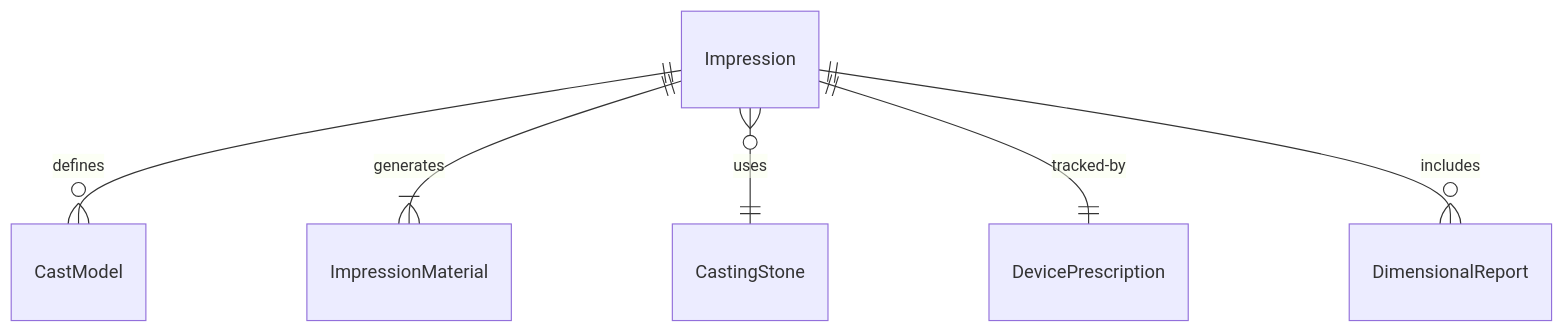
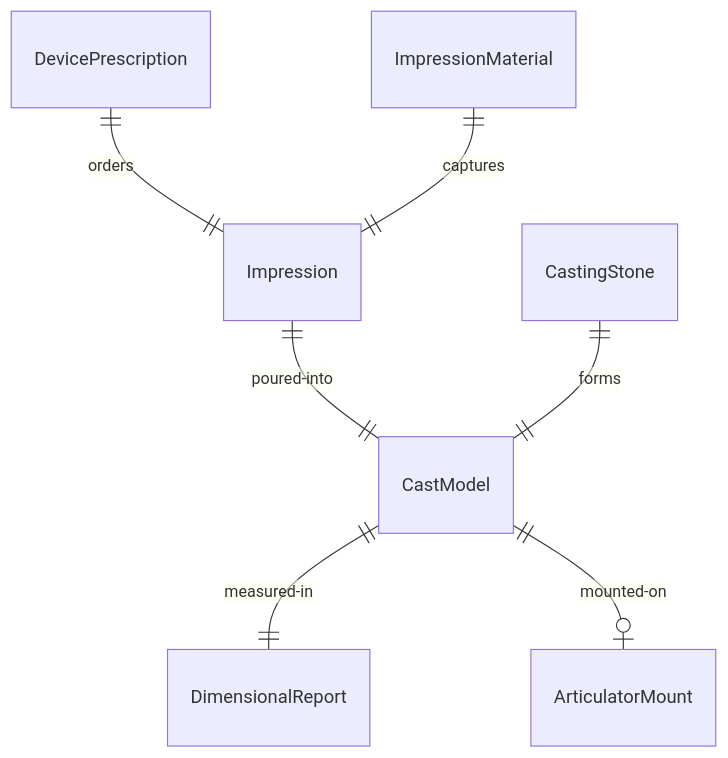
The first of 4 diagrams in HandlingAndMovingObjects/FabricateMedicalDevices/CastMoldsPatientAnatomiesCreate.mdx (dot-org-ai/tasks.org.ai), drawn with Mermaid before and after one commit. The commit also changed other lines of this file and 515 other files, not shown here.

````diff
--- a/HandlingAndMovingObjects/FabricateMedicalDevices/CastMoldsPatientAnatomiesCreate.mdx
+++ b/HandlingAndMovingObjects/FabricateMedicalDevices/CastMoldsPatientAnatomiesCreate.mdx
@@ -90,8 +90,9 @@
 ```mermaid
 erDiagram
-    Impression ||--o{ CastModel : "defines"
-    Impression ||--|{ ImpressionMaterial : "generates"
-    Impression }o--|| CastingStone : "uses"
-    Impression ||--|| DevicePrescription : "tracked-by"
-    Impression ||--o{ DimensionalReport : "includes"
+    DevicePrescription ||--|| Impression : "orders"
+    ImpressionMaterial ||--|| Impression : "captures"
+    Impression ||--|| CastModel : "poured-into"
+    CastingStone ||--|| CastModel : "forms"
+    CastModel ||--|| DimensionalReport : "measured-in"
+    CastModel ||--o| ArticulatorMount : "mounted-on"
 ```
````
